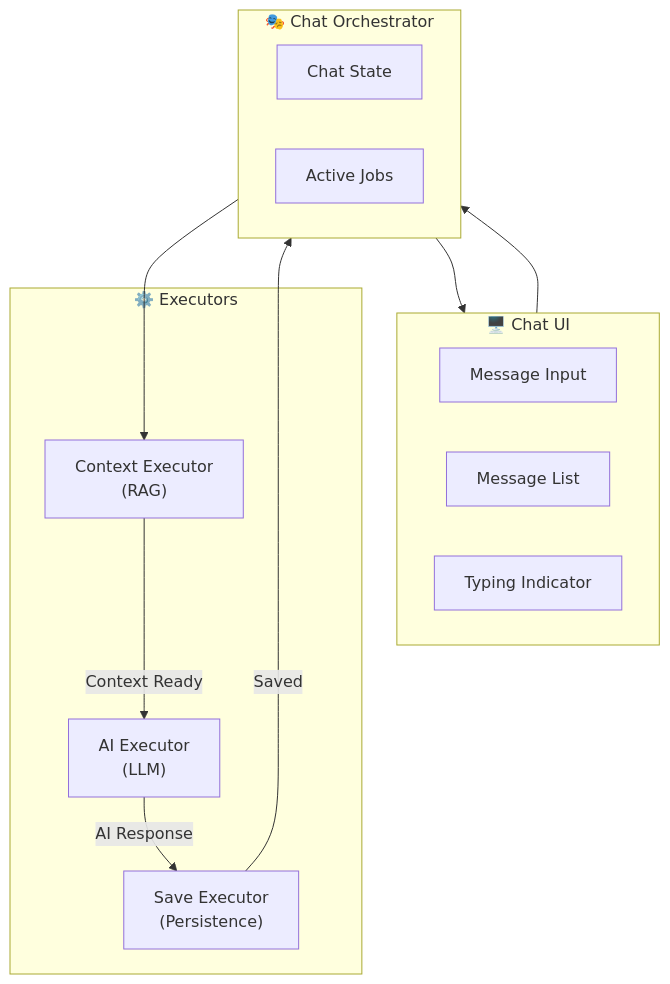
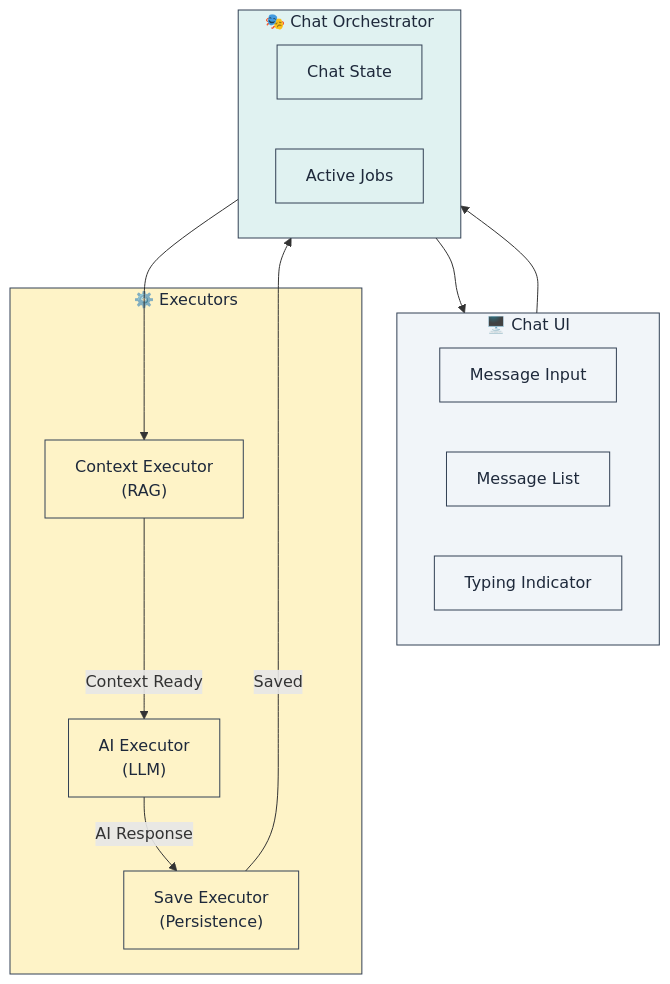
The first of 12 diagrams in book/vi/chapters/06_case_study.md (lploc94/flutter_orchestrator), drawn with Mermaid before and after one commit. The commit also changed other lines of this file and 4 other files, not shown here.

````diff
--- a/book/vi/chapters/06_case_study.md
+++ b/book/vi/chapters/06_case_study.md
@@ -17,26 +17,38 @@
 ```mermaid
 graph TB
     subgraph UI["🖥️ Chat UI"]
         Input["Message Input"]
         Messages["Message List"]
         Typing["Typing Indicator"]
     end
     
     subgraph Orchestrator["🎭 Chat Orchestrator"]
         State["Chat State"]
         ActiveJobs["Active Jobs"]
     end
     
     subgraph Executors["⚙️ Executors"]
         Context["Context Executor<br/>(RAG)"]
         AI["AI Executor<br/>(LLM)"]
         Save["Save Executor<br/>(Persistence)"]
     end
     
     UI --> Orchestrator
     Orchestrator --> Context
     Context -->|"Context Ready"| AI
     AI -->|"AI Response"| Save
     Save -->|"Saved"| Orchestrator
     Orchestrator --> UI
+    
+    style UI fill:#f1f5f9,stroke:#334155,color:#1e293b
+    style Orchestrator fill:#e0f2f1,stroke:#334155,color:#1e293b
+    style Executors fill:#fef3c7,stroke:#334155,color:#1e293b
+    style Input fill:#f1f5f9,stroke:#334155,color:#1e293b
+    style Messages fill:#f1f5f9,stroke:#334155,color:#1e293b
+    style Typing fill:#f1f5f9,stroke:#334155,color:#1e293b
+    style State fill:#e0f2f1,stroke:#334155,color:#1e293b
+    style ActiveJobs fill:#e0f2f1,stroke:#334155,color:#1e293b
+    style Context fill:#fef3c7,stroke:#334155,color:#1e293b
+    style AI fill:#fef3c7,stroke:#334155,color:#1e293b
+    style Save fill:#fef3c7,stroke:#334155,color:#1e293b
 ```
````
